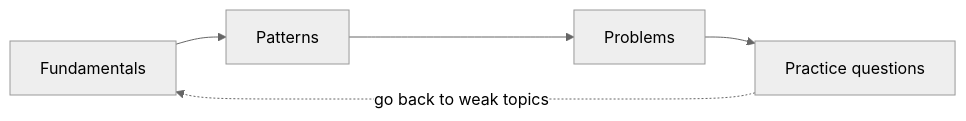
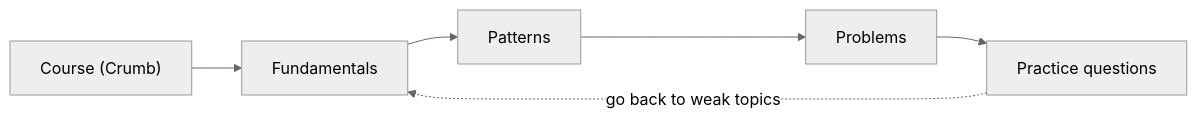
The diagram in README.md (Karthik0809/system-design-notes), drawn with Mermaid (neutral theme) before and after one commit. The commit also changed other lines of this file and 59 other files, not shown here.

Commit message:
Add Crumb course, front-end design section, 15 problems and 5 object-oriented designs

````diff
--- a/README.md
+++ b/README.md
@@ -23,5 +25,6 @@
 ```mermaid
 flowchart LR
-    A["Fundamentals"] --> B["Patterns"] --> C["Problems"] --> D["Practice questions"]
+    Z["Course (Crumb)"] --> A["Fundamentals"]
+    A --> B["Patterns"] --> C["Problems"] --> D["Practice questions"]
     D -.->|"go back to weak topics"| A
 ```
````
